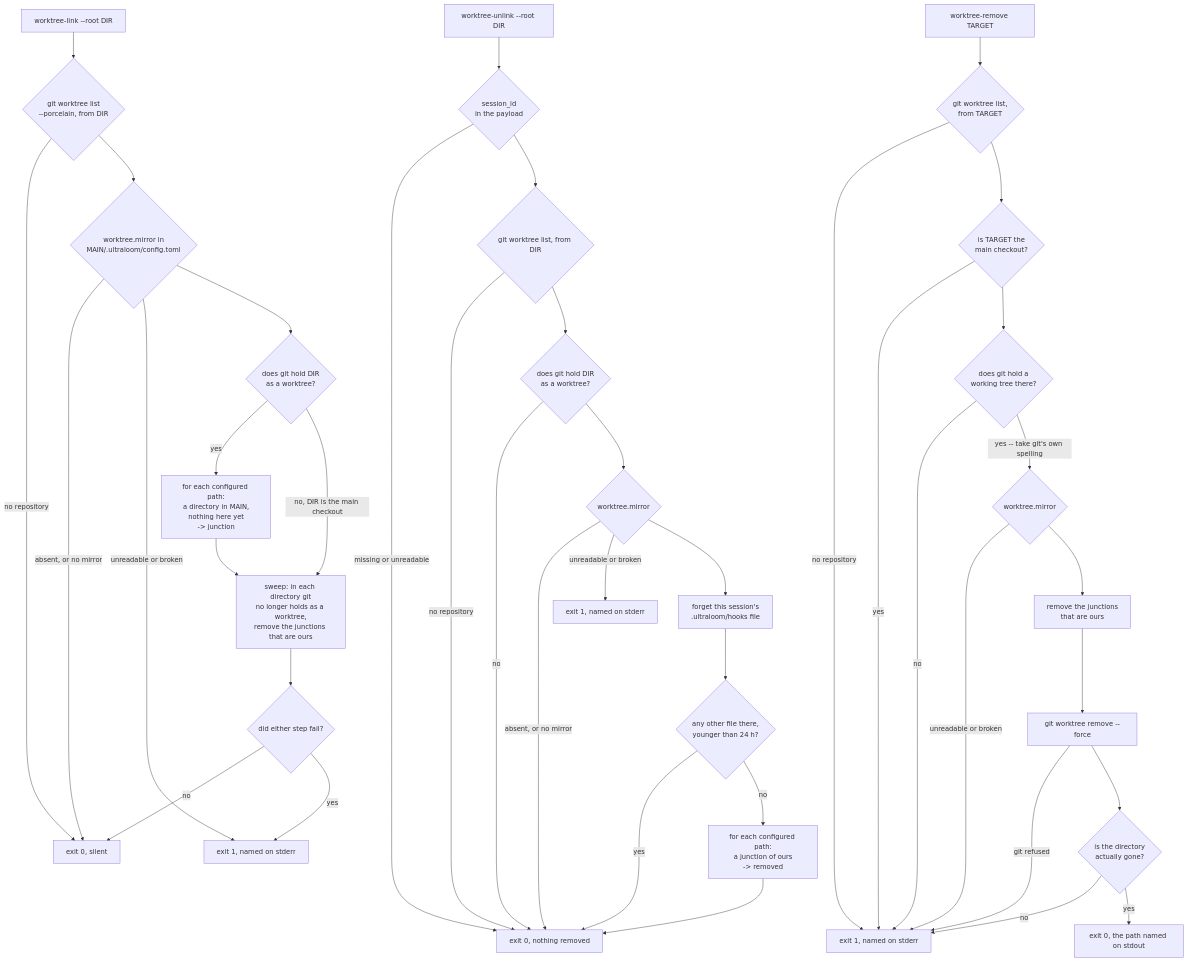
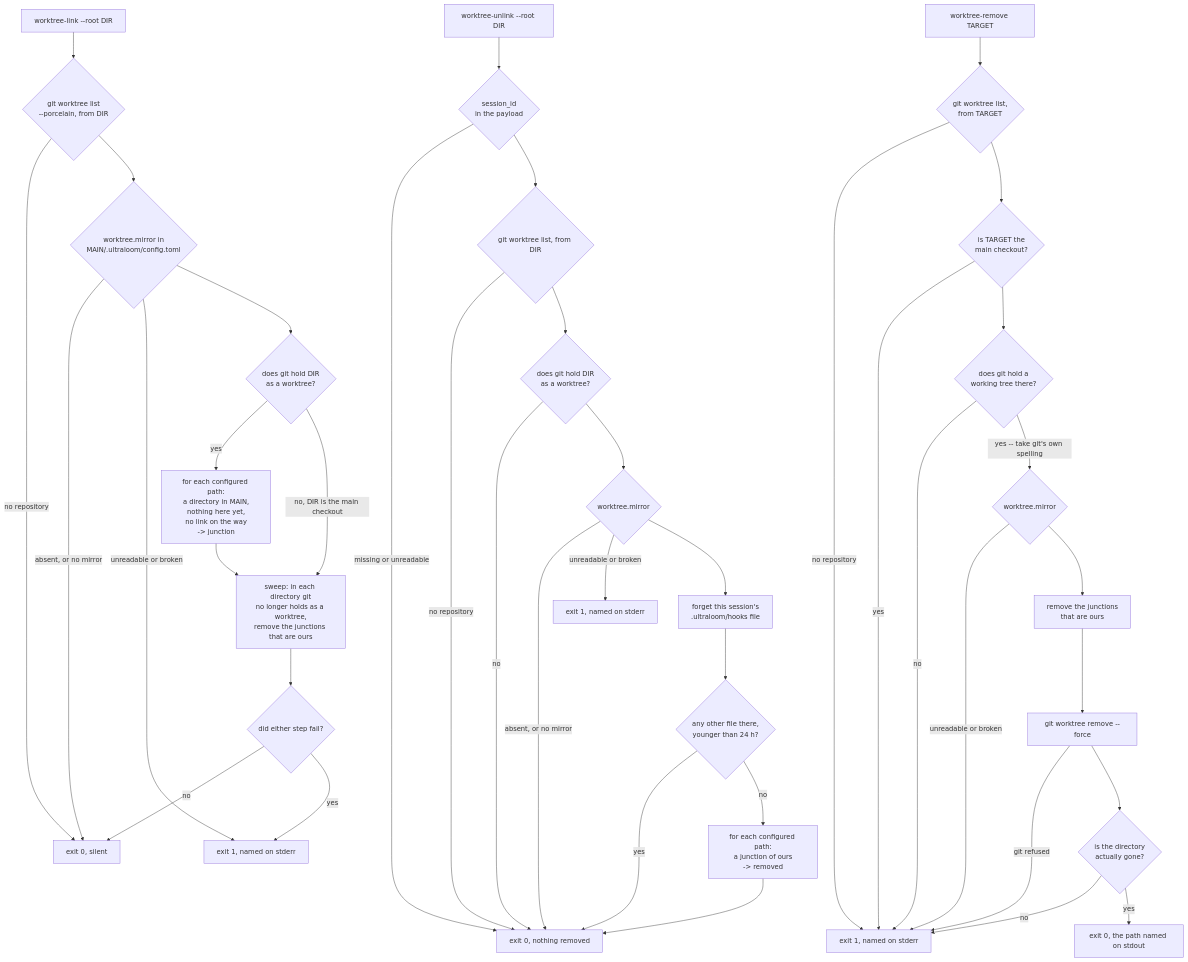
One commit to xidus90/ultra-loom changed the diagram in docs/flows/worktree-mirror.de.md. Above: the diagram before and after it, drawn with Mermaid. The commit also changed other lines of this file and 2 other files, not shown here.

````diff
--- a/docs/flows/worktree-mirror.de.md
+++ b/docs/flows/worktree-mirror.de.md
@@ -50,45 +50,45 @@
 ```mermaid
 flowchart TD
     start["worktree-link --root DIR"] --> topo{"git worktree list<br/>--porcelain, from DIR"}
     topo -->|"no repository"| silent["exit 0, silent"]
     topo --> cfg{"worktree.mirror in<br/>MAIN/.ultraloom/config.toml"}
     cfg -->|"absent, or no mirror"| silent
     cfg -->|"unreadable or broken"| loud["exit 1, named on stderr"]
     cfg --> wt{"does git hold DIR<br/>as a worktree?"}
-    wt -->|"yes"| link["for each configured path:<br/>a directory in MAIN,<br/>nothing here yet<br/>-> junction"]
+    wt -->|"yes"| link["for each configured path:<br/>a directory in MAIN,<br/>nothing here yet,<br/>no link on the way<br/>-> junction"]
     wt -->|"no, DIR is the main checkout"| sweep
     link --> sweep["sweep: in each directory git<br/>no longer holds as a worktree,<br/>remove the junctions that are ours"]
     sweep --> verdict{"did either step fail?"}
     verdict -->|"no"| silent
     verdict -->|"yes"| loud
 
     stop["worktree-unlink --root DIR"] --> payload{"session_id<br/>in the payload"}
     payload -->|"missing or unreadable"| silent2["exit 0, nothing removed"]
     payload --> topo2{"git worktree list, from DIR"}
     topo2 -->|"no repository"| silent2
     topo2 --> wt2{"does git hold DIR<br/>as a worktree?"}
     wt2 -->|"no"| silent2
     wt2 --> cfg2{"worktree.mirror"}
     cfg2 -->|"absent, or no mirror"| silent2
     cfg2 -->|"unreadable or broken"| loud2["exit 1, named on stderr"]
     cfg2 --> forget["forget this session's<br/>.ultraloom/hooks file"]
     forget --> count{"any other file there,<br/>younger than 24 h?"}
     count -->|"yes"| silent2
     count -->|"no"| unlink["for each configured path:<br/>a junction of ours<br/>-> removed"]
     unlink --> silent2
 
     hand["worktree-remove TARGET"] --> topo3{"git worktree list,<br/>from TARGET"}
     topo3 -->|"no repository"| fault["exit 1, named on stderr"]
     topo3 --> ismain{"is TARGET the<br/>main checkout?"}
     ismain -->|"yes"| fault
     ismain --> held{"does git hold a<br/>working tree there?"}
     held -->|"no"| fault
     held -->|"yes -- take git's own spelling"| cfg3{"worktree.mirror"}
     cfg3 -->|"unreadable or broken"| fault
     cfg3 --> unlink3["remove the junctions<br/>that are ours"]
     unlink3 --> gitrm["git worktree remove --force"]
     gitrm -->|"git refused"| fault
     gitrm --> gone{"is the directory<br/>actually gone?"}
     gone -->|"no"| fault
     gone -->|"yes"| removed["exit 0, the path named on stdout"]
 ```
````
